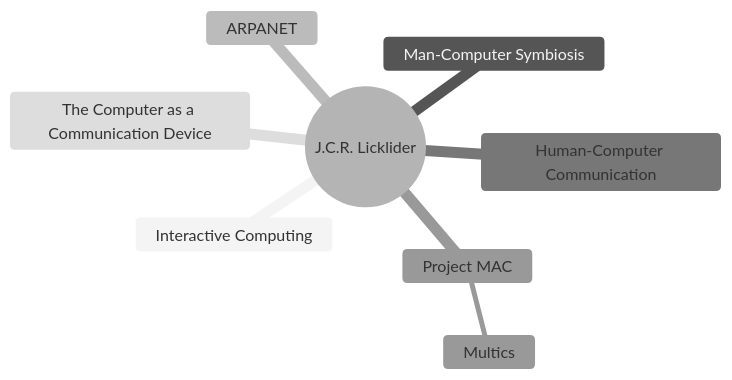
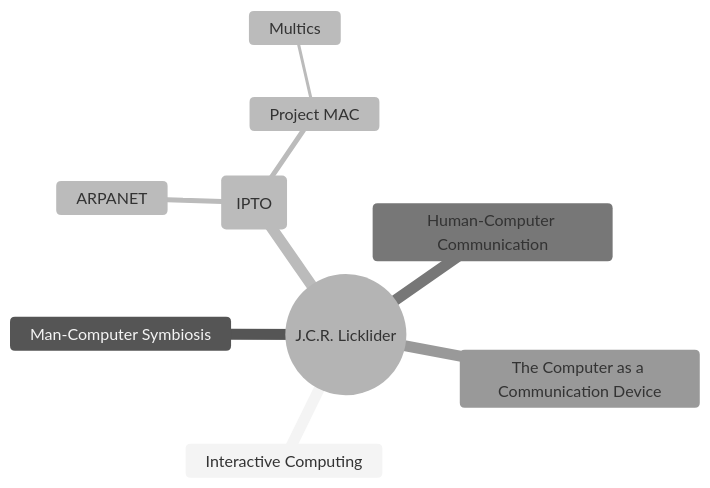
One commit to Furkanzmc/cppnorth-2024-shoulders-we-stand-on changed diagram 11 of 13 in pages/act-1.md. Above: the diagram before and after it, drawn with Mermaid (neutral theme). The commit also changed other lines of this file, not shown here.

````diff
--- a/pages/act-1.md
+++ b/pages/act-1.md
@@ -668,11 +668,12 @@
 ```mermaid
 mindmap
   root((J.C.R. Licklider))
     Interactive Computing
     Man-Computer Symbiosis
-    ARPANET
+    Information Processing Techniques Office (IPTO)
+      ARPANET
+      Project MAC
+        Multics
     Human-Computer Communication
-    Project MAC
-      Multics
     The Computer as a Communication Device
 ```
````
